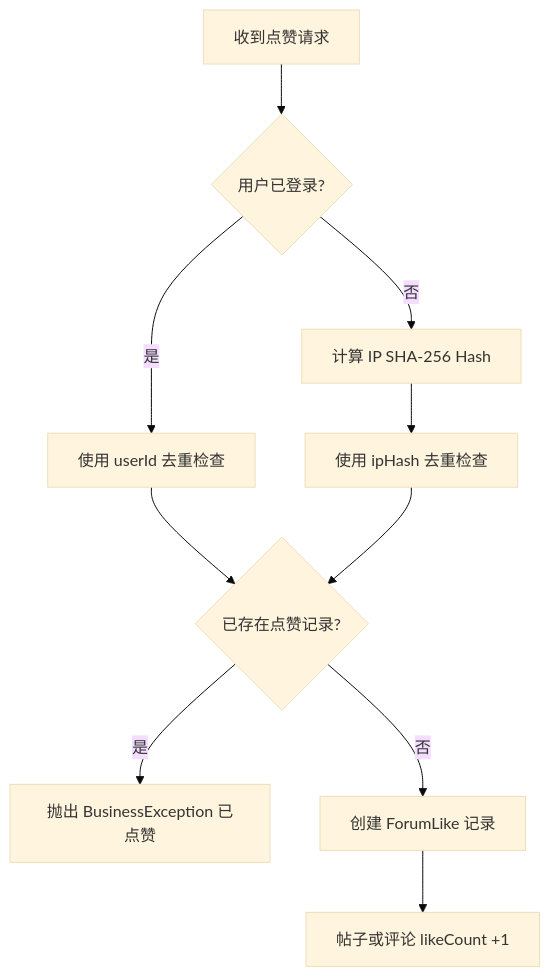
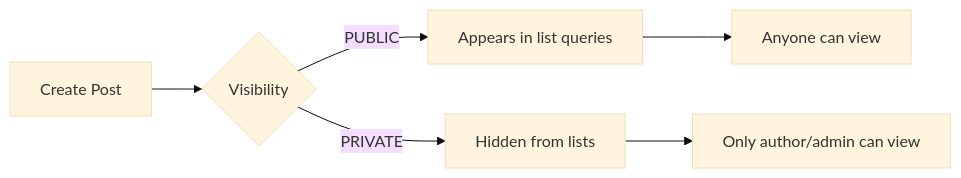
The third of 3 diagrams in repowiki/论坛社区.md (mambo-wang/CodingHub), drawn with Mermaid (base theme) before and after one commit. The commit also changed other lines of this file and 24 other files, not shown here.

````diff
--- a/repowiki/论坛社区.md
+++ b/repowiki/论坛社区.md
@@ -285,12 +101,8 @@
 ```mermaid
-graph TD
-    A[收到点赞请求] --> B{用户已登录?}
-    B -->|是| C[使用 userId 去重检查]
-    B -->|否| D[计算 IP SHA-256 Hash]
-    D --> E[使用 ipHash 去重检查]
-    C --> F{已存在点赞记录?}
-    E --> F
-    F -->|是| G[抛出 BusinessException 已点赞]
-    F -->|否| H[创建 ForumLike 记录]
-    H --> I[帖子或评论 likeCount +1]
+graph LR
+    A[Create Post] --> B{Visibility}
+    B -->|PUBLIC| C[Appears in list queries]
+    B -->|PRIVATE| D[Hidden from lists]
+    C --> E[Anyone can view]
+    D --> F[Only author/admin can view]
 ```
````
